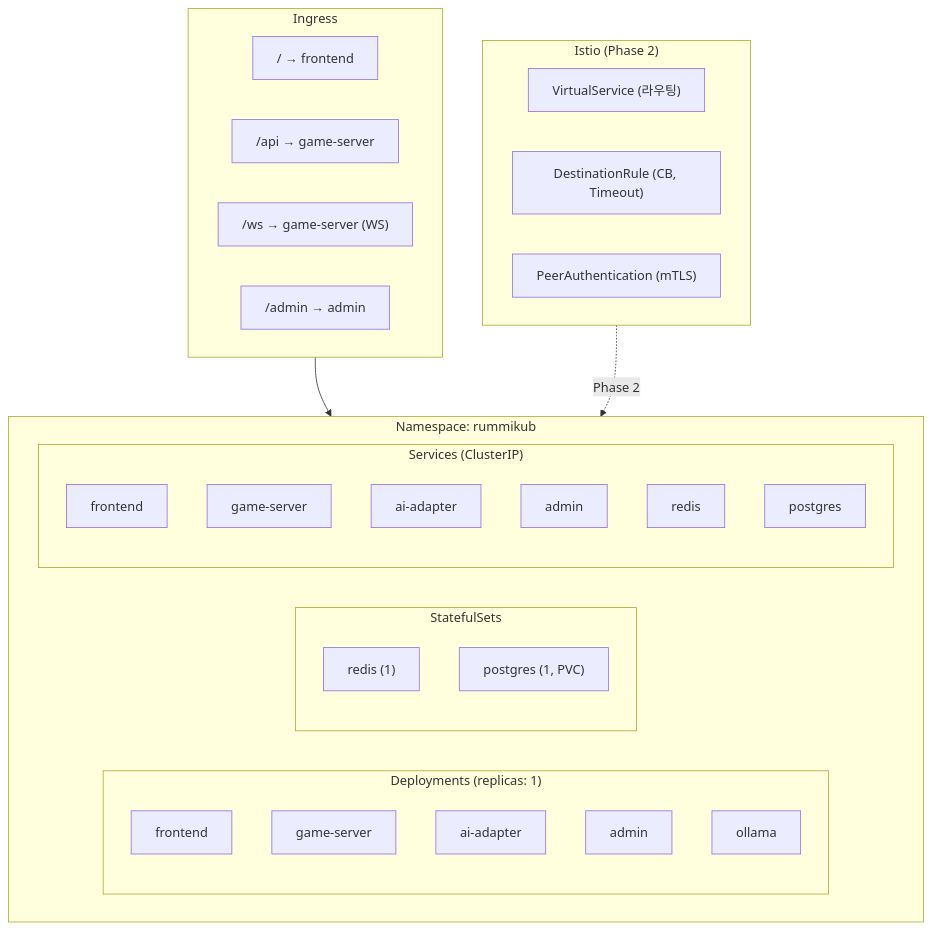
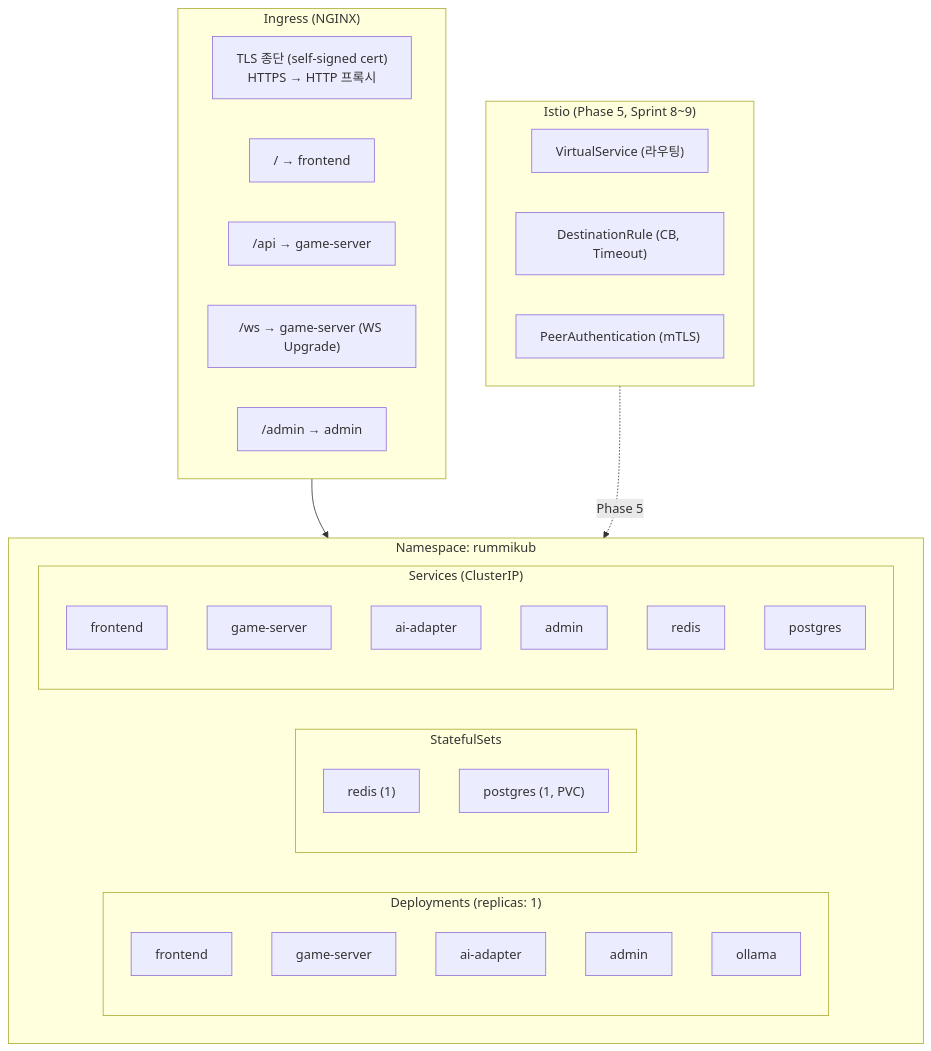
Before and after one commit to k82022603/RummiArena: the eighth of 9 diagrams in docs/02-design/01-architecture.md, drawn with Mermaid. The commit also changed other lines of this file and 9 other files, not shown here.

````diff
--- a/docs/02-design/01-architecture.md
+++ b/docs/02-design/01-architecture.md
@@ -99,37 +110,38 @@
 ```mermaid
 graph TB
     subgraph NS["Namespace: rummikub"]
         subgraph deploy["Deployments (replicas: 1)"]
             d1["frontend"]
             d2["game-server"]
             d3["ai-adapter"]
             d4["admin"]
             d5["ollama"]
         end
         subgraph sts["StatefulSets"]
             s1["redis (1)"]
             s2["postgres (1, PVC)"]
         end
         subgraph svc["Services (ClusterIP)"]
             sv1["frontend"]
             sv2["game-server"]
             sv3["ai-adapter"]
             sv4["admin"]
             sv5["redis"]
             sv6["postgres"]
         end
     end
-    subgraph ing["Ingress"]
+    subgraph ing["Ingress (NGINX)"]
+        i0["TLS 종단 (self-signed cert)\nHTTPS → HTTP 프록시"]
         i1["/ → frontend"]
         i2["/api → game-server"]
-        i3["/ws → game-server (WS)"]
+        i3["/ws → game-server (WS Upgrade)"]
         i4["/admin → admin"]
     end
-    subgraph istio["Istio (Phase 2)"]
+    subgraph istio["Istio (Phase 5, Sprint 8~9)"]
         is1["VirtualService (라우팅)"]
         is2["DestinationRule (CB, Timeout)"]
         is3["PeerAuthentication (mTLS)"]
     end
     ing --> NS
-    istio -.->|"Phase 2"| NS
+    istio -.->|"Phase 5"| NS
 ```
````
